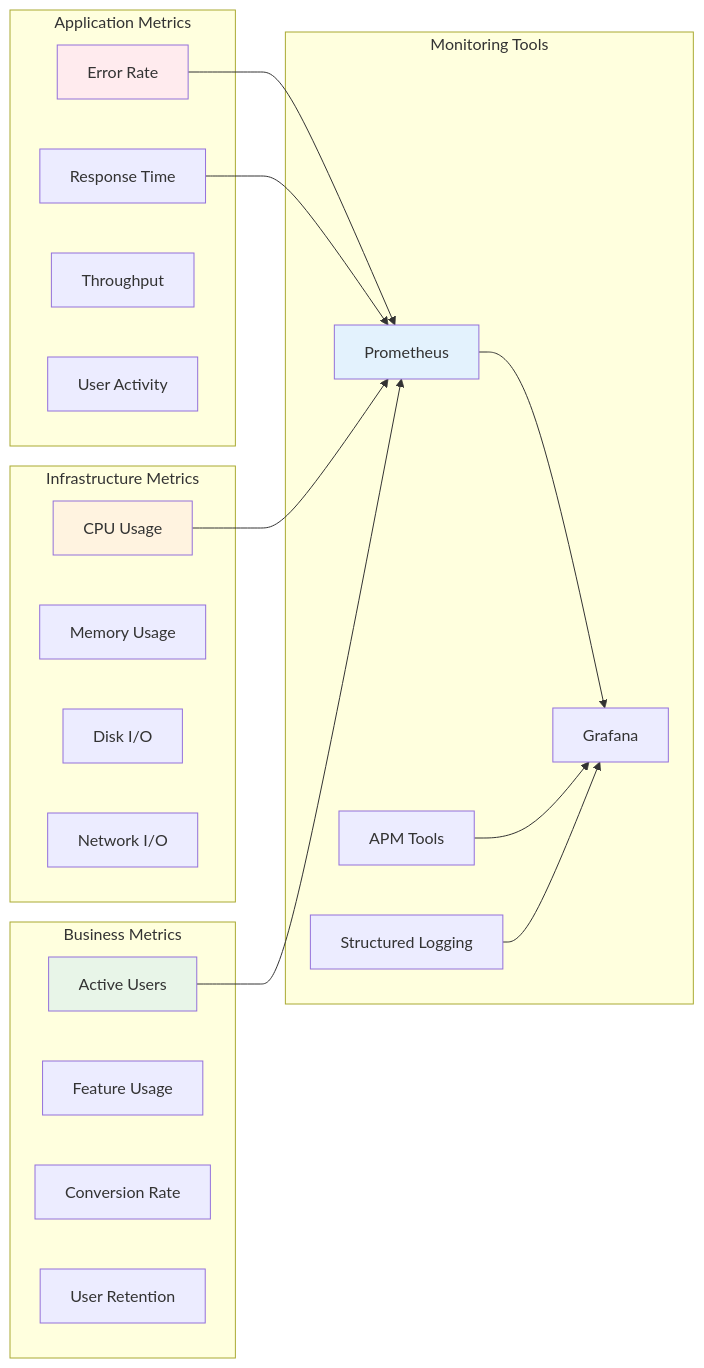
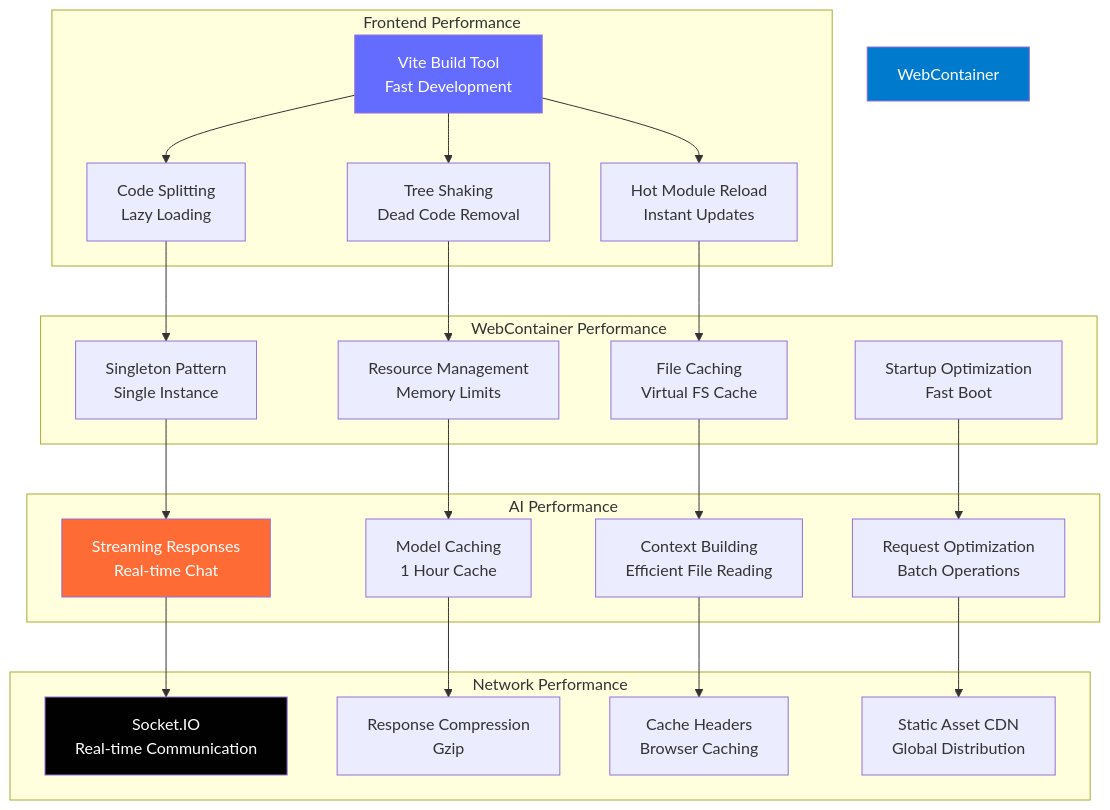
The tenth of 12 diagrams in markdown-docs/03-system-architecture.md (nishant-iith/autocode), drawn with Mermaid before and after one commit. The commit also changed other lines of this file and 5 other files, not shown here.

````diff
--- a/markdown-docs/03-system-architecture.md
+++ b/markdown-docs/03-system-architecture.md
@@ -680,44 +689,53 @@
 ```mermaid
-graph LR
-    subgraph "Application Metrics"
-        ErrorRate[Error Rate]
-        ResponseTime[Response Time]
-        Throughput[Throughput]
-        UserActivity[User Activity]
+graph TB
+    subgraph "Frontend Performance"
+        Vite[Vite Build Tool<br/>Fast Development]
+        CodeSplitting[Code Splitting<br/>Lazy Loading]
+        TreeShaking[Tree Shaking<br/>Dead Code Removal]
+        HotReload[Hot Module Reload<br/>Instant Updates]
     end
 
-    subgraph "Infrastructure Metrics"
-        CPU[CPU Usage]
-        Memory[Memory Usage]
-        DiskIO[Disk I/O]
-        NetworkIO[Network I/O]
+    subgraph "WebContainer Performance"
+        Singleton[Singleton Pattern<br/>Single Instance]
+        ResourceMgmt[Resource Management<br/>Memory Limits]
+        CacheStrategy[File Caching<br/>Virtual FS Cache]
+        StartupOpt[Startup Optimization<br/>Fast Boot]
     end
 
-    subgraph "Business Metrics"
-        ActiveUsers[Active Users]
-        FeatureUsage[Feature Usage]
-        ConversionRate[Conversion Rate]
-        Retention[User Retention]
+    subgraph "AI Performance"
+        Streaming[Streaming Responses<br/>Real-time Chat]
+        ModelCaching[Model Caching<br/>1 Hour Cache]
+        ContextBuilding[Context Building<br/>Efficient File Reading]
+        RequestBatching[Request Optimization<br/>Batch Operations]
     end
 
-    subgraph "Monitoring Tools"
-        Prometheus[Prometheus]
-        Grafana[Grafana]
-        APM[APM Tools]
-        Logging[Structured Logging]
+    subgraph "Network Performance"
+        SocketIO[Socket.IO<br/>Real-time Communication]
+        Compression[Response Compression<br/>Gzip]
+        CacheHeaders[Cache Headers<br/>Browser Caching]
+        CDN[Static Asset CDN<br/>Global Distribution]
     end
 
-    ErrorRate --> Prometheus
-    ResponseTime --> Prometheus
-    CPU --> Prometheus
-    ActiveUsers --> Prometheus
+    Vite --> CodeSplitting
+    Vite --> TreeShaking
+    Vite --> HotReload
 
-    Prometheus --> Grafana
-    APM --> Grafana
-    Logging --> Grafana
+    CodeSplitting --> Singleton
+    TreeShaking --> ResourceMgmt
+    HotReload --> CacheStrategy
 
-    style ErrorRate fill:#ffebee
-    style CPU fill:#fff3e0
-    style ActiveUsers fill:#e8f5e8
-    style Prometheus fill:#e3f2fd
+    Singleton --> Streaming
+    ResourceMgmt --> ModelCaching
+    CacheStrategy --> ContextBuilding
+    StartupOpt --> RequestBatching
+
+    Streaming --> SocketIO
+    ModelCaching --> Compression
+    ContextBuilding --> CacheHeaders
+    RequestBatching --> CDN
+
+    style Vite fill:#646CFF,color:#fff
+    style WebContainer fill:#007ACC,color:#fff
+    style Streaming fill:#FF6B35,color:#fff
+    style SocketIO fill:#010101,color:#fff
 ```
````
